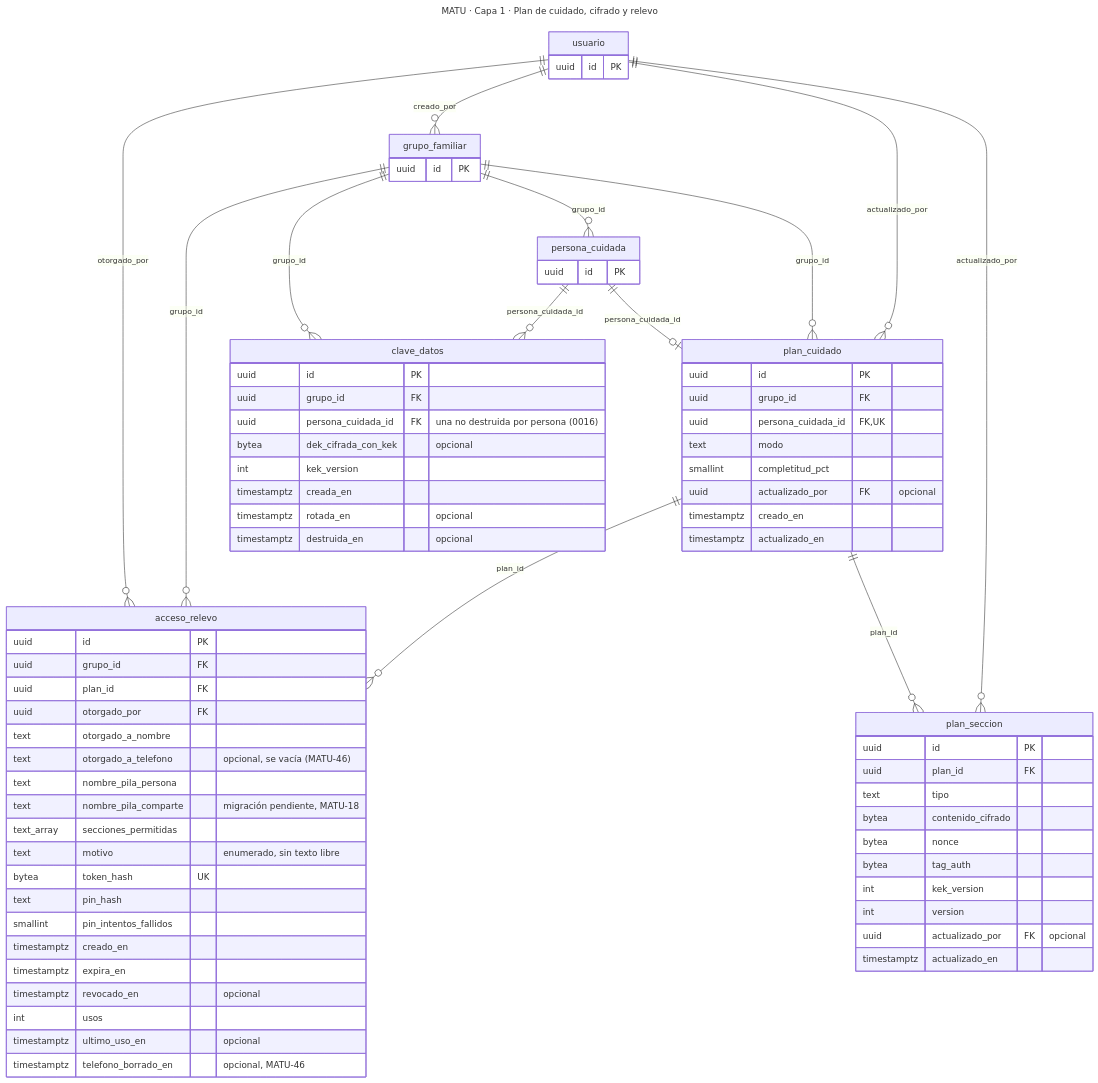
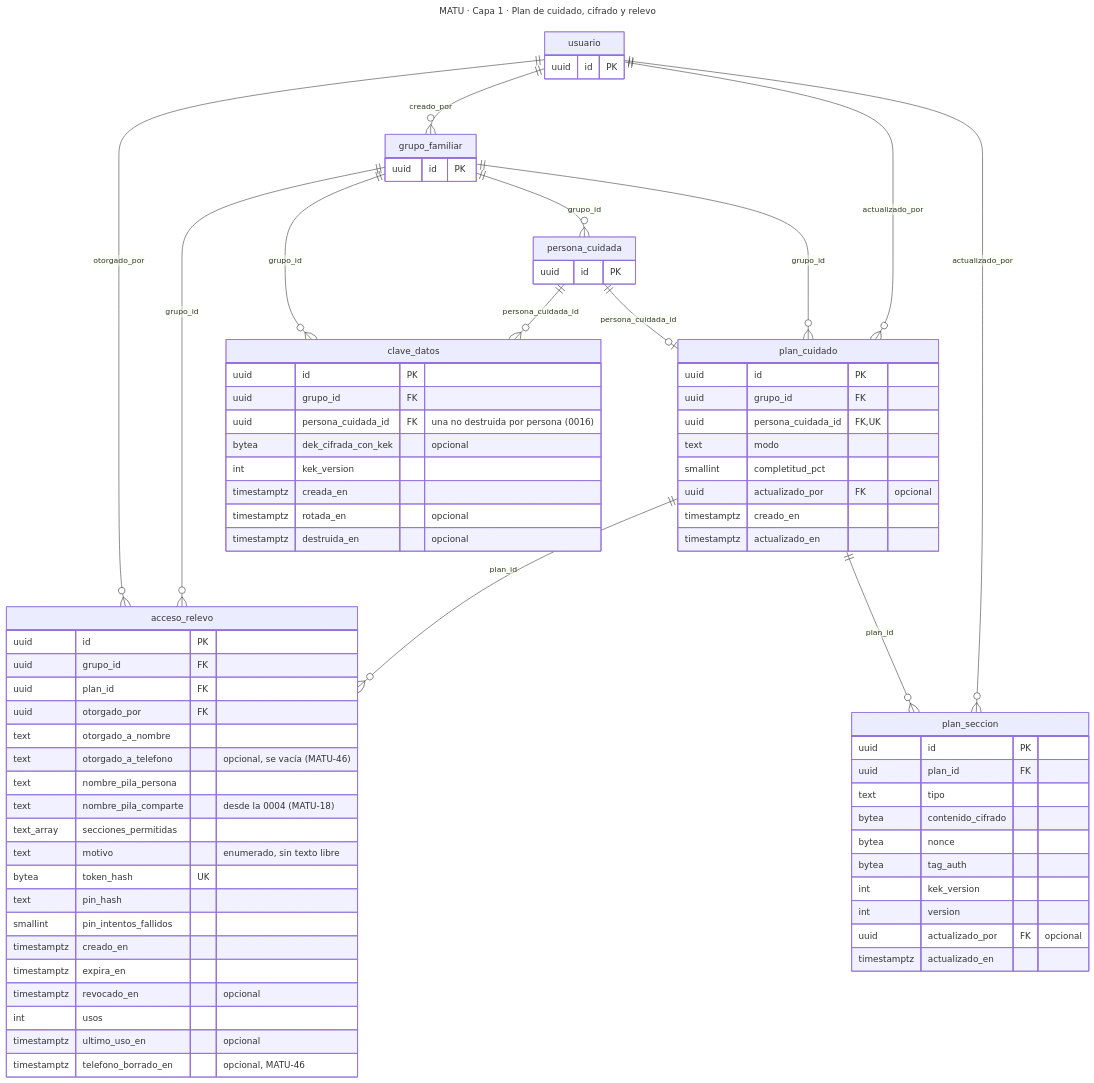
The third of 11 diagrams in docs/modelo-datos.md (MartinHenriquez131/MATU), drawn with Mermaid before and after one commit. The commit also changed other lines of this file and 1 other file, not shown here.

First line of the commit message:
MATU-100: los cuatro puntos de la tarjeta (auditoría de operación, migraciones 0018 a 0028, rutas de la cuenta y nombre_pila_comparte)

````diff
--- a/docs/modelo-datos.md
+++ b/docs/modelo-datos.md
@@ -289,80 +289,80 @@
 ```mermaid
 ---
 title: MATU · Capa 1 · Plan de cuidado, cifrado y relevo
 ---
 erDiagram
     grupo_familiar ||--o{ acceso_relevo : "grupo_id"
     usuario ||--o{ acceso_relevo : "otorgado_por"
     plan_cuidado ||--o{ acceso_relevo : "plan_id"
     grupo_familiar ||--o{ clave_datos : "grupo_id"
     persona_cuidada ||--o{ clave_datos : "persona_cuidada_id"
     usuario ||--o{ grupo_familiar : "creado_por"
     grupo_familiar ||--o{ persona_cuidada : "grupo_id"
     usuario ||--o{ plan_cuidado : "actualizado_por"
     grupo_familiar ||--o{ plan_cuidado : "grupo_id"
     persona_cuidada ||--o| plan_cuidado : "persona_cuidada_id"
     usuario ||--o{ plan_seccion : "actualizado_por"
     plan_cuidado ||--o{ plan_seccion : "plan_id"
     clave_datos {
         uuid id PK
         uuid grupo_id FK
         uuid persona_cuidada_id FK "una no destruida por persona (0016)"
         bytea dek_cifrada_con_kek "opcional"
         int kek_version
         timestamptz creada_en
         timestamptz rotada_en "opcional"
         timestamptz destruida_en "opcional"
     }
     plan_cuidado {
         uuid id PK
         uuid grupo_id FK
         uuid persona_cuidada_id FK, UK
         text modo
         smallint completitud_pct
         uuid actualizado_por FK "opcional"
         timestamptz creado_en
         timestamptz actualizado_en
     }
     plan_seccion {
         uuid id PK
         uuid plan_id FK
         text tipo
         bytea contenido_cifrado
         bytea nonce
         bytea tag_auth
         int kek_version
         int version
         uuid actualizado_por FK "opcional"
         timestamptz actualizado_en
     }
     acceso_relevo {
         uuid id PK
         uuid grupo_id FK
         uuid plan_id FK
         uuid otorgado_por FK
         text otorgado_a_nombre
         text otorgado_a_telefono "opcional, se vacía (MATU-46)"
         text nombre_pila_persona
-        text nombre_pila_comparte "migración pendiente, MATU-18"
+        text nombre_pila_comparte "desde la 0004 (MATU-18)"
         text_array secciones_permitidas
         text motivo "enumerado, sin texto libre"
         bytea token_hash UK
         text pin_hash
         smallint pin_intentos_fallidos
         timestamptz creado_en
         timestamptz expira_en
         timestamptz revocado_en "opcional"
         int usos
         timestamptz ultimo_uso_en "opcional"
         timestamptz telefono_borrado_en "opcional, MATU-46"
     }
     persona_cuidada {
         uuid id PK
     }
     grupo_familiar {
         uuid id PK
     }
     usuario {
         uuid id PK
     }
 ```
````
